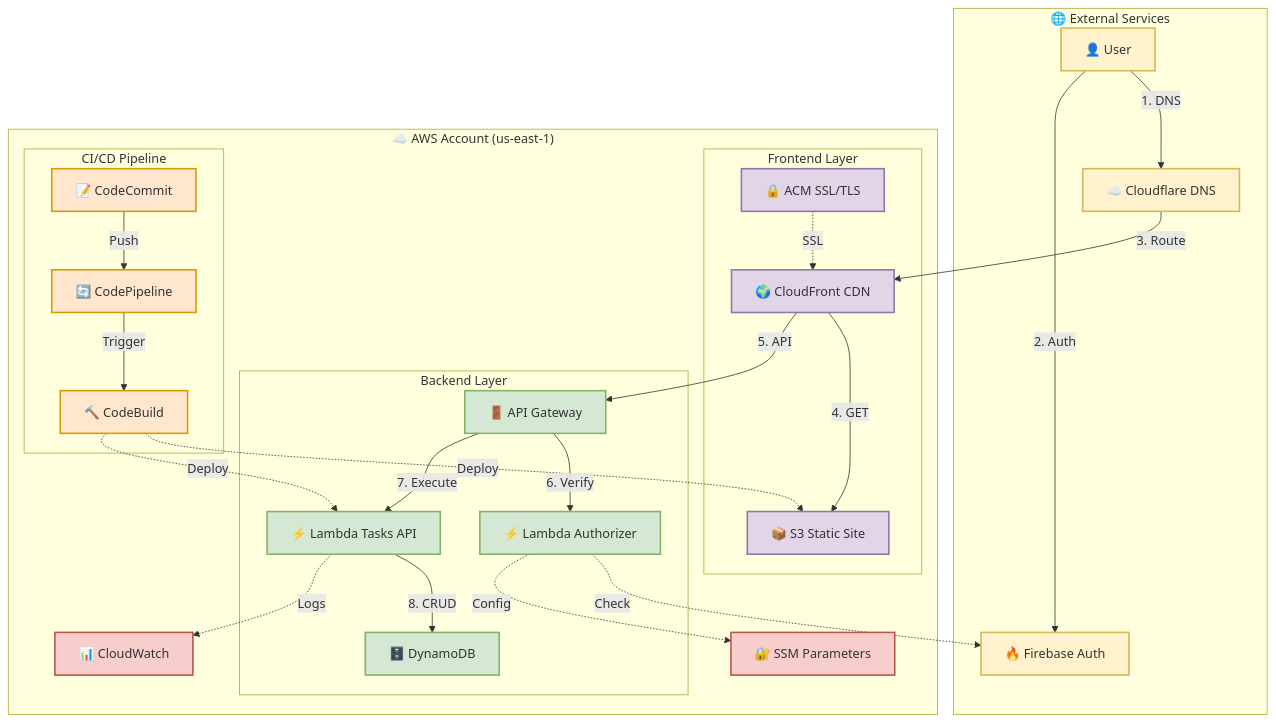
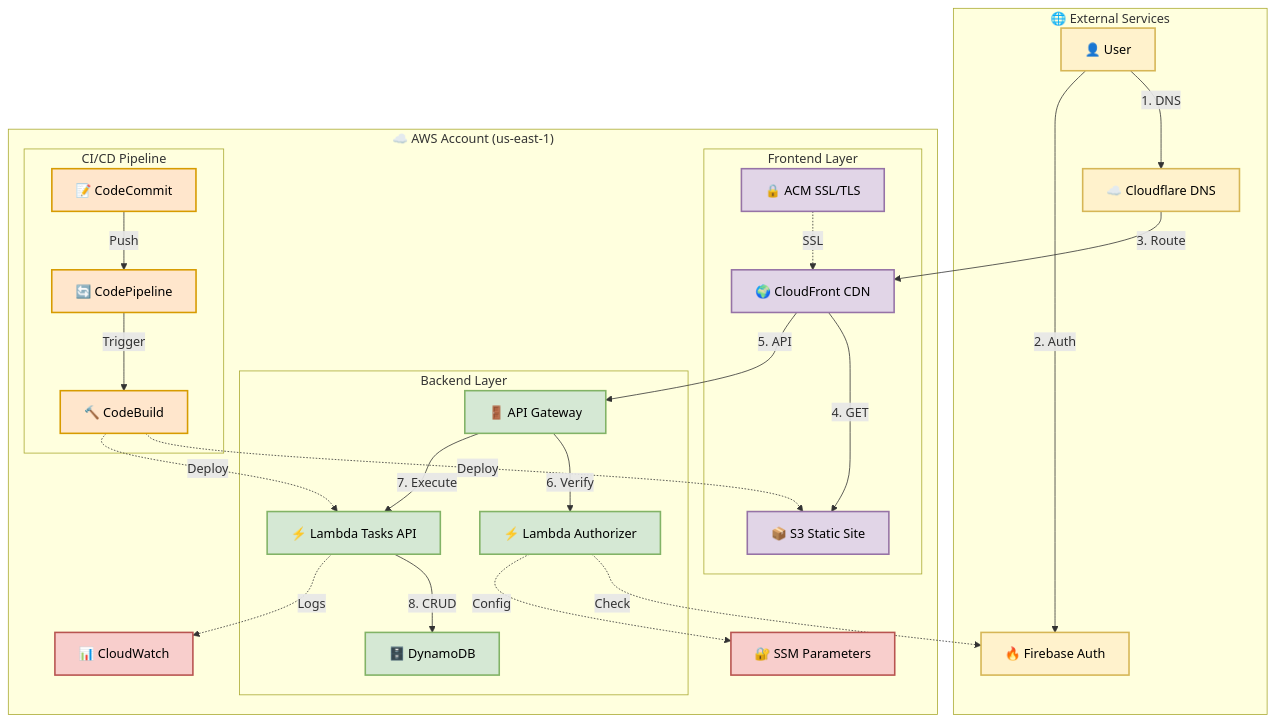
Before and after one commit to deamaya44/canicas-todo: the diagram in README.md, drawn with Mermaid.

Commit message:
docs: improve diagram text visibility with black color

````diff
--- a/README.md
+++ b/README.md
@@ -27,61 +27,61 @@
 ```mermaid
 graph TB
     subgraph External["🌐 External Services"]
         User["👤 User"]
         Firebase["🔥 Firebase Auth"]
         Cloudflare["☁️ Cloudflare DNS"]
     end
     
     subgraph AWS["☁️ AWS Account (us-east-1)"]
         subgraph Frontend["Frontend Layer"]
             ACM["🔒 ACM SSL/TLS"]
             CloudFront["🌍 CloudFront CDN"]
             S3["📦 S3 Static Site"]
         end
         
         subgraph Backend["Backend Layer"]
             APIGW["🚪 API Gateway"]
             AuthLambda["⚡ Lambda Authorizer"]
             TasksLambda["⚡ Lambda Tasks API"]
             DynamoDB["🗄️ DynamoDB"]
         end
         
         subgraph CICD["CI/CD Pipeline"]
             CodeCommit["📝 CodeCommit"]
             CodePipeline["🔄 CodePipeline"]
             CodeBuild["🔨 CodeBuild"]
         end
         
         SSM["🔐 SSM Parameters"]
         CloudWatch["📊 CloudWatch"]
     end
     
     User -->|1. DNS| Cloudflare
     User -->|2. Auth| Firebase
     Cloudflare -->|3. Route| CloudFront
     ACM -.->|SSL| CloudFront
     CloudFront -->|4. GET| S3
     CloudFront -->|5. API| APIGW
     APIGW -->|6. Verify| AuthLambda
     AuthLambda -.->|Check| Firebase
     AuthLambda -.->|Config| SSM
     APIGW -->|7. Execute| TasksLambda
     TasksLambda -->|8. CRUD| DynamoDB
     TasksLambda -.->|Logs| CloudWatch
     CodeCommit -->|Push| CodePipeline
     CodePipeline -->|Trigger| CodeBuild
     CodeBuild -.->|Deploy| S3
     CodeBuild -.->|Deploy| TasksLambda
     
-    classDef external fill:#fff2cc,stroke:#d6b656,stroke-width:2px
-    classDef frontend fill:#e1d5e7,stroke:#9673a6,stroke-width:2px
-    classDef backend fill:#d5e8d4,stroke:#82b366,stroke-width:2px
-    classDef cicd fill:#ffe6cc,stroke:#d79b00,stroke-width:2px
-    classDef security fill:#f8cecc,stroke:#b85450,stroke-width:2px
+    classDef external fill:#fff2cc,stroke:#d6b656,stroke-width:2px,color:#000
+    classDef frontend fill:#e1d5e7,stroke:#9673a6,stroke-width:2px,color:#000
+    classDef backend fill:#d5e8d4,stroke:#82b366,stroke-width:2px,color:#000
+    classDef cicd fill:#ffe6cc,stroke:#d79b00,stroke-width:2px,color:#000
+    classDef security fill:#f8cecc,stroke:#b85450,stroke-width:2px,color:#000
     
     class User,Firebase,Cloudflare external
     class ACM,CloudFront,S3 frontend
     class APIGW,AuthLambda,TasksLambda,DynamoDB backend
     class CodeCommit,CodePipeline,CodeBuild cicd
     class SSM,CloudWatch security
 ```
````
